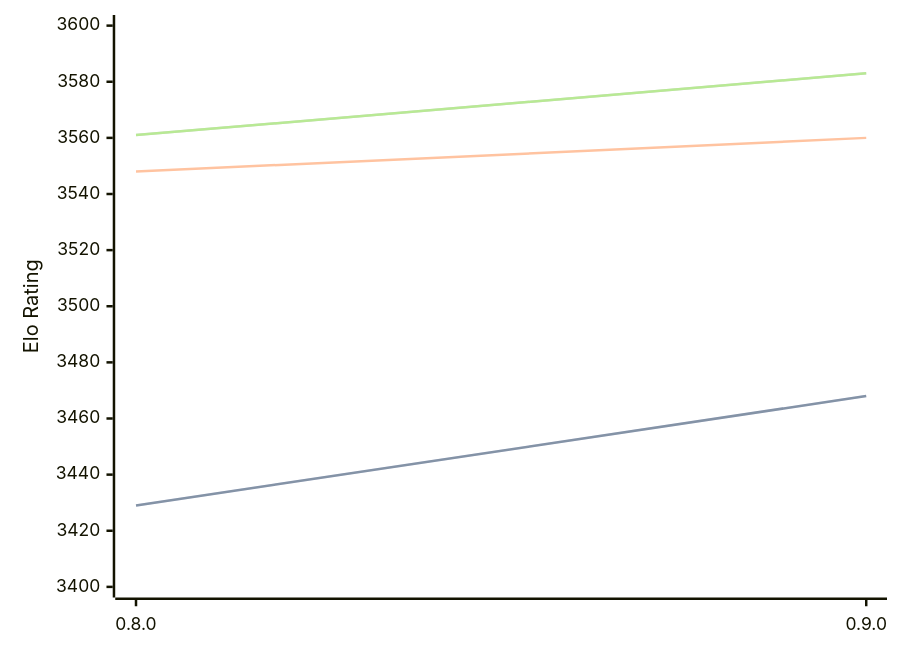
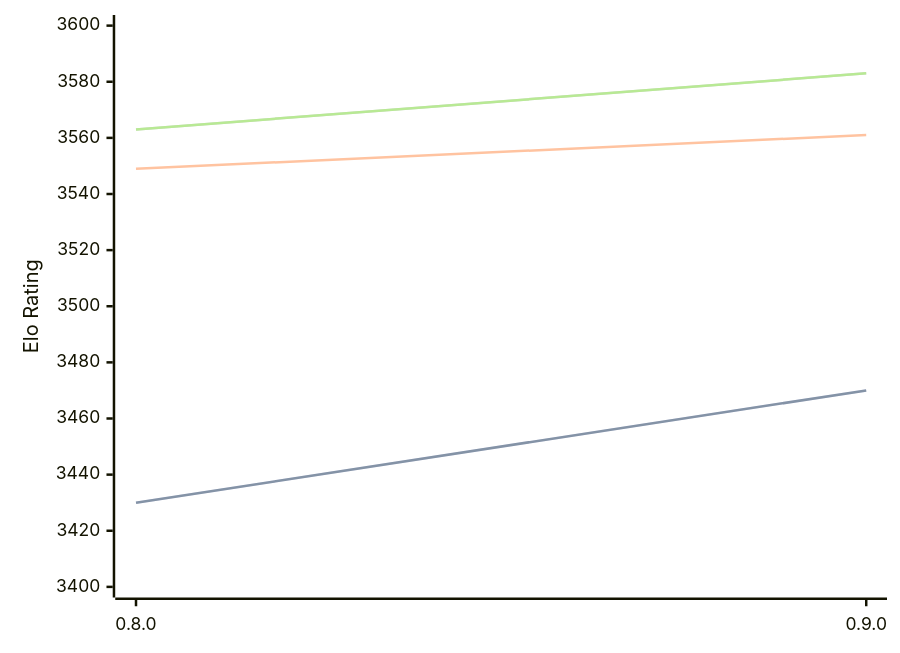
One commit to computer-chess-index/cci changed the third of 3 diagrams in engines/Reckless.md. Above: the diagram before and after it, drawn with Mermaid. The commit also changed other lines of this file, not shown here.

Commit message:
Update CCI Ratings (ELO VLTC) - 2026-07-08

````diff
--- a/engines/Reckless.md
+++ b/engines/Reckless.md
@@ -72,11 +72,11 @@
 ```mermaid
 %%{init: {"theme":"base","themeVariables":{"seriesColors:['#a3a3a3','#222221','#faa371']}}}%%
 xychart-beta
   x-axis ["0.8.0", "0.9.0"]
   y-axis "Elo Rating" 3400 --> 3600
-  line "STC (8.0+0.08s)" [3429, 3468]
-  line "STC (8.0+0.08s)" [3429, 3468]
-  line "LTC (60.0+0.60s)" [3548, 3560]
-  line "VLTC (2m24s+1.12s)" [3561, 3583]
-  line "VLTC (2m24s+1.12s)" [3561, 3583]
+  line "STC (8.0+0.08s)" [3430, 3470]
+  line "STC (8.0+0.08s)" [3430, 3470]
+  line "LTC (60.0+0.60s)" [3549, 3561]
+  line "VLTC (2m24s+1.12s)" [3563, 3583]
+  line "VLTC (2m24s+1.12s)" [3563, 3583]
 ```
````
